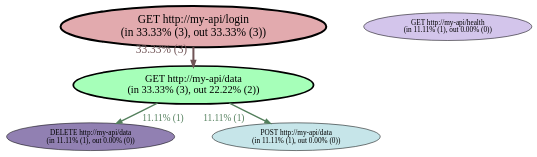
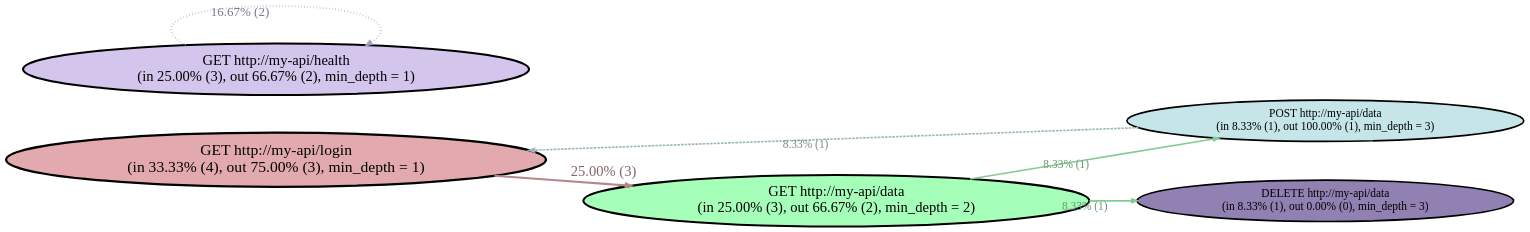
Before and after one commit to tkriik/apathy: the diagram in examples/simple.dot, drawn with Graphviz. The commit also changed 4 other files, not shown here.

Commit message:
Rank subgraphs by minimum node depth

```diff
--- a/examples/simple.dot
+++ b/examples/simple.dot
@@ -1,14 +1,28 @@
 digraph apathy_graph {
     nodesep=1.0;
-    ordering=out;
+    rankdir=LR;
+    ranksep=1.0;
 
-    r0 [label="GET http://my-api/login\n(in 33.33% (3), out 33.33% (3))", fontsize=22, style=filled, fillcolor="#e2aaae", penwidth=3.886751];
-    r1 [label="GET http://my-api/data\n(in 33.33% (3), out 22.22% (2))", fontsize=20, style=filled, fillcolor="#a6ffb9", penwidth=3.357023];
-    r2 [label="POST http://my-api/data\n(in 11.11% (1), out 0.00% (0))", fontsize=14, style=filled, fillcolor="#c6e5e9", penwidth=1.000000];
-    r3 [label="DELETE http://my-api/data\n(in 11.11% (1), out 0.00% (0))", fontsize=14, style=filled, fillcolor="#9180b2", penwidth=1.000000];
-    r4 [label="GET http://my-api/health\n(in 11.11% (1), out 0.00% (0))", fontsize=14, style=filled, fillcolor="#d3c5eb", penwidth=1.000000];
+    subgraph s0 {
+        rank = same;
+        r0 [label="GET http://my-api/login\n(in 33.33% (4), out 75.00% (3), min_depth = 1)", fontsize=30, style=filled, fillcolor="#e2aaae", penwidth=4.309401];
+        r1 [label="GET http://my-api/health\n(in 25.00% (3), out 66.67% (2), min_depth = 1)", fontsize=28, style=filled, fillcolor="#d3c5eb", penwidth=4.000000];
+    }
 
-    r0 -> r1 [xlabel="33.33% (3)", fontsize=22, color="#715557", fontcolor="#715557", penwidth=3.886751];
-    r1 -> r3 [xlabel="11.11% (1)", fontsize=18, color="#537f5c", fontcolor="#537f5c", penwidth=2.666667];
-    r1 -> r2 [xlabel="11.11% (1)", fontsize=18, color="#537f5c", fontcolor="#537f5c", penwidth=2.666667];
+    subgraph s1 {
+        rank = same;
+        r2 [label="GET http://my-api/data\n(in 25.00% (3), out 66.67% (2), min_depth = 2)", fontsize=28, style=filled, fillcolor="#a6ffb9", penwidth=4.000000];
+    }
+
+    subgraph s2 {
+        rank = same;
+        r3 [label="POST http://my-api/data\n(in 8.33% (1), out 100.00% (1), min_depth = 3)", fontsize=22, style=filled, fillcolor="#c6e5e9", penwidth=3.154701];
+        r4 [label="DELETE http://my-api/data\n(in 8.33% (1), out 0.00% (0), min_depth = 3)", fontsize=22, style=filled, fillcolor="#9180b2", penwidth=3.154701];
+    }
+
+    r0 -> r2 [xlabel="25.00% (3)", fontsize=28, style="solid", color="#b4888b", fontcolor="#876668", penwidth=4.000000];
+    r1 -> r1 [xlabel="16.67% (2)", fontsize=25, style="dotted", color="#a89dbc", fontcolor="#7e768d", penwidth=3.632993];
+    r2 -> r4 [xlabel="8.33% (1)", fontsize=22, style="solid", color="#84cc94", fontcolor="#63996f", penwidth=3.154701];
+    r2 -> r3 [xlabel="8.33% (1)", fontsize=22, style="solid", color="#84cc94", fontcolor="#63996f", penwidth=3.154701];
+    r3 -> r0 [xlabel="8.33% (1)", fontsize=22, style="dashed", color="#9eb7ba", fontcolor="#76898b", penwidth=3.154701];
 }
```
